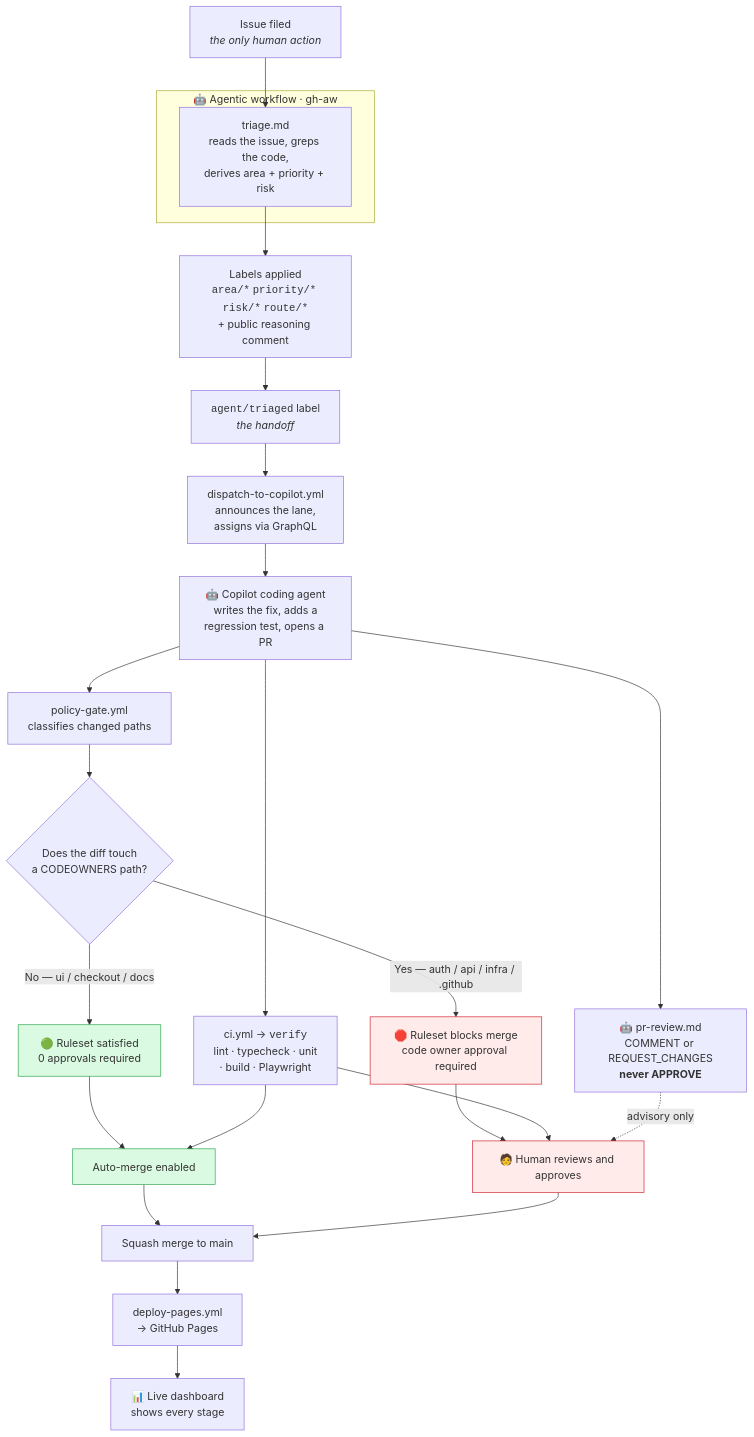
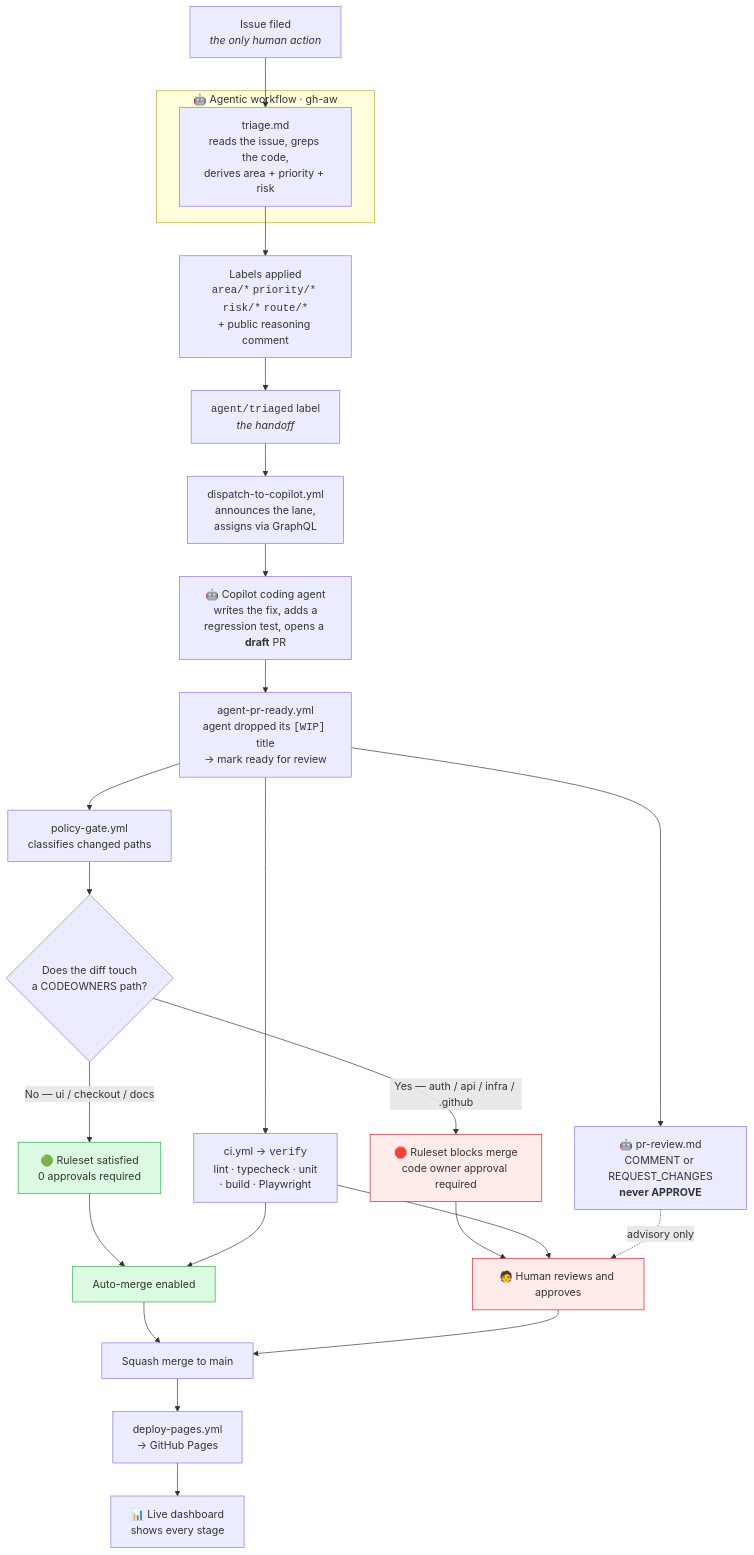
Before and after one commit to pakbaz/github-sdlc-e2e-demo: the first of 3 diagrams in demo/ARCHITECTURE.md, drawn with Mermaid. The commit also changed other lines of this file and 10 other files, not shown here.

````diff
--- a/demo/ARCHITECTURE.md
+++ b/demo/ARCHITECTURE.md
@@ -5,40 +5,42 @@
 ```mermaid
 flowchart TD
   A["Issue filed<br/><i>the only human action</i>"] --> B
 
   subgraph agentic ["🤖 Agentic workflow · gh-aw"]
     B["triage.md<br/>reads the issue, greps the code,<br/>derives area + priority + risk"]
   end
 
   B --> C["Labels applied<br/><code>area/*</code> <code>priority/*</code> <code>risk/*</code> <code>route/*</code><br/>+ public reasoning comment"]
   C --> D["<code>agent/triaged</code> label<br/><i>the handoff</i>"]
   D --> E["dispatch-to-copilot.yml<br/>announces the lane,<br/>assigns via GraphQL"]
 
-  E --> F["🤖 Copilot coding agent<br/>writes the fix, adds a<br/>regression test, opens a PR"]
+  E -->   F["🤖 Copilot coding agent<br/>writes the fix, adds a<br/>regression test, opens a <b>draft</b> PR"]
 
-  F --> G["ci.yml → <code>verify</code><br/>lint · typecheck · unit<br/>· build · Playwright"]
-  F --> H["🤖 pr-review.md<br/>COMMENT or REQUEST_CHANGES<br/><b>never APPROVE</b>"]
-  F --> I["policy-gate.yml<br/>classifies changed paths"]
+  F --> R["agent-pr-ready.yml<br/>agent dropped its <code>[WIP]</code> title<br/>→ mark ready for review"]
+
+  R --> G["ci.yml → <code>verify</code><br/>lint · typecheck · unit<br/>· build · Playwright"]
+  R --> H["🤖 pr-review.md<br/>COMMENT or REQUEST_CHANGES<br/><b>never APPROVE</b>"]
+  R --> I["policy-gate.yml<br/>classifies changed paths"]
 
   I --> J{"Does the diff touch<br/>a CODEOWNERS path?"}
 
   J -->|"No — ui / checkout / docs"| K["🟢 Ruleset satisfied<br/>0 approvals required"]
   J -->|"Yes — auth / api / infra / .github"| L["🛑 Ruleset blocks merge<br/>code owner approval required"]
 
   K --> M["Auto-merge enabled"]
   L --> N["🧑 Human reviews and approves"]
 
   G --> M
   G --> N
   H -.->|"advisory only"| N
 
   M --> O["Squash merge to main"]
   N --> O
   O --> P["deploy-pages.yml<br/>→ GitHub Pages"]
   P --> Q["📊 Live dashboard<br/>shows every stage"]
 
   style K fill:#dafbe1,stroke:#2da44e
   style L fill:#ffebe9,stroke:#cf222e
   style M fill:#dafbe1,stroke:#2da44e
   style N fill:#ffebe9,stroke:#cf222e
 ```
````
